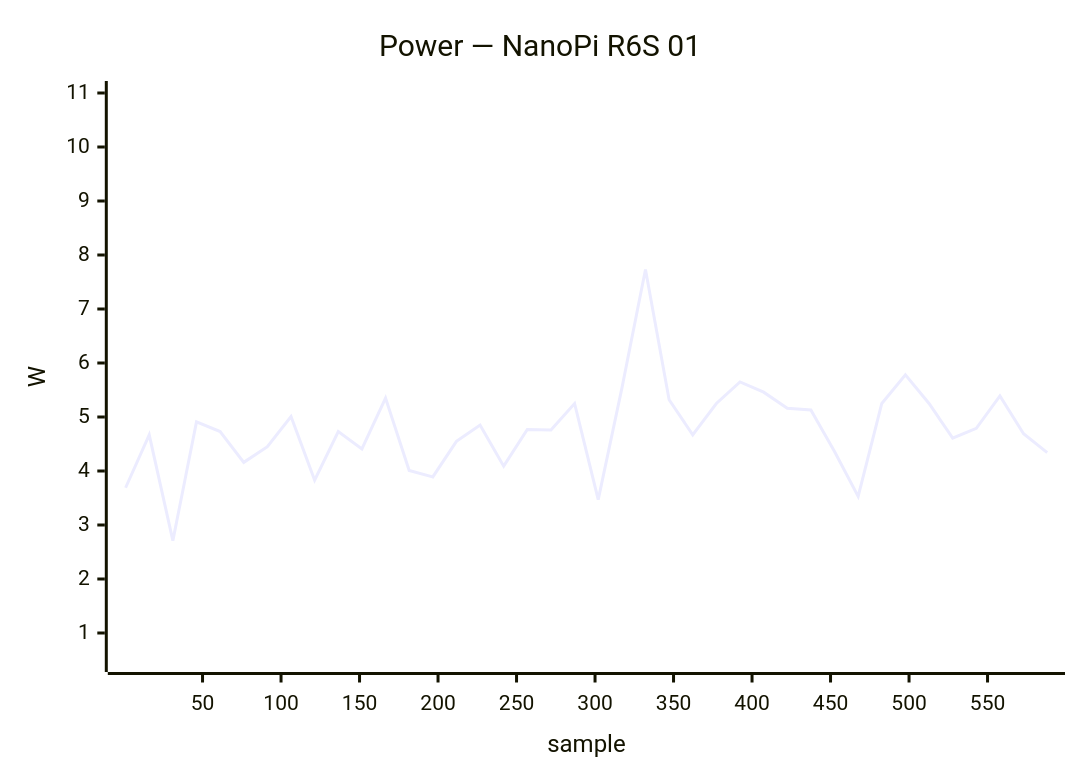
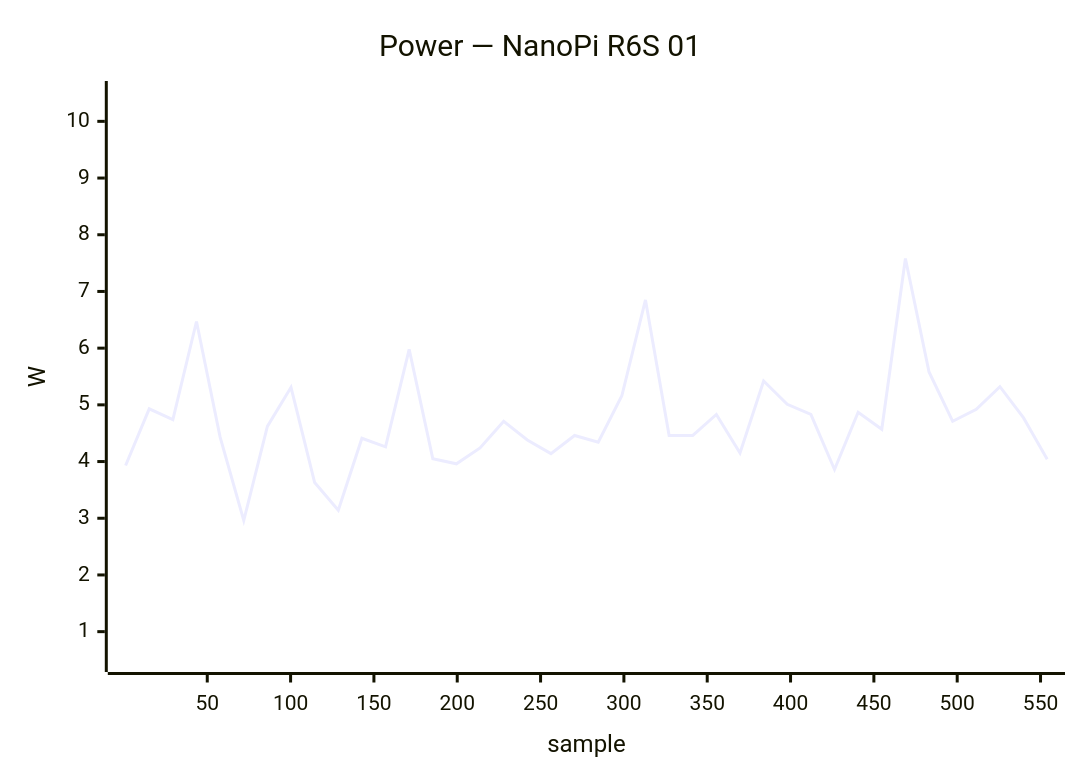
Before and after one commit to armbian/documentation: diagram 20 of 35 in docs/status/board-tests.md, drawn with Mermaid. The commit also changed other lines of this file, not shown here.

````diff
--- a/docs/status/board-tests.md
+++ b/docs/status/board-tests.md
@@ -986,7 +1010,7 @@
 ```mermaid
 xychart-beta
     title "Power — NanoPi R6S 01"
-    x-axis "sample" 1 --> 588
-    y-axis "W" 0.5 --> 11.0
-    line [3.69, 4.67, 2.71, 4.91, 4.73, 4.16, 4.45, 5.01, 3.83, 4.73, 4.41, 5.35, 4.01, 3.89, 4.55, 4.85, 4.09, 4.77, 4.76, 5.25, 3.47, 5.53, 7.73, 5.32, 4.67, 5.25, 5.65, 5.46, 5.16, 5.13, 4.36, 3.53, 5.25, 5.78, 5.25, 4.61, 4.79, 5.39, 4.69, 4.34]
+    x-axis "sample" 1 --> 554
+    y-axis "W" 0.5 --> 10.5
+    line [3.93, 4.93, 4.74, 6.47, 4.43, 2.96, 4.62, 5.31, 3.63, 3.14, 4.41, 4.26, 5.98, 4.05, 3.96, 4.24, 4.71, 4.38, 4.14, 4.46, 4.34, 5.16, 6.85, 4.46, 4.46, 4.83, 4.15, 5.42, 5.01, 4.83, 3.86, 4.87, 4.57, 7.58, 5.58, 4.71, 4.92, 5.32, 4.77, 4.04]
 ```
````
